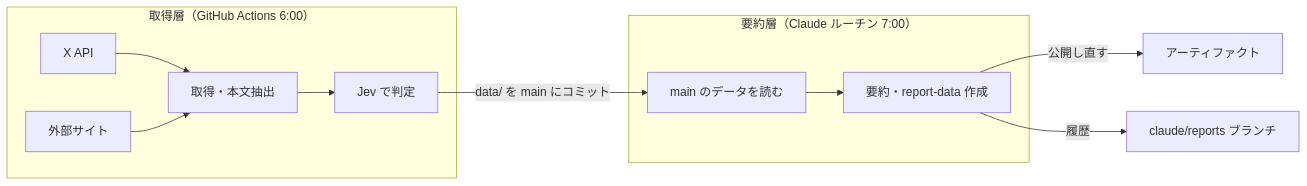
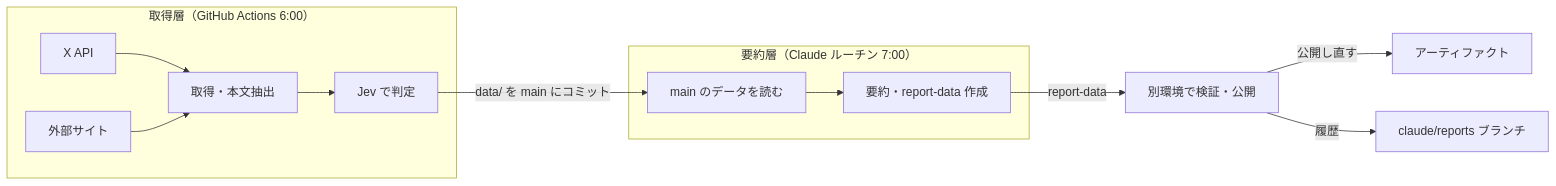
One commit to NaokiKomura/x-bookmark-digest-template changed the diagram in docs/spec.md. Above: the diagram before and after it, drawn with Mermaid. The commit also changed other lines of this file and 15 other files, not shown here.

````diff
--- a/docs/spec.md
+++ b/docs/spec.md
@@ -29,14 +29,15 @@
 ```mermaid
 flowchart LR
   subgraph 取得層["取得層（GitHub Actions 6:00）"]
     X[X API] --> F[取得・本文抽出]
     W[外部サイト] --> F
     F --> J[Jev で判定]
   end
   J -->|data/ を main にコミット| R
   subgraph 要約層["要約層（Claude ルーチン 7:00）"]
     R[main のデータを読む] --> S[要約・report-data 作成]
   end
-  S -->|公開し直す| A[アーティファクト]
-  S -->|履歴| B[claude/reports ブランチ]
+  S -->|report-data| P[別環境で検証・公開]
+  P -->|公開し直す| A[アーティファクト]
+  P -->|履歴| B[claude/reports ブランチ]
 ```
````
